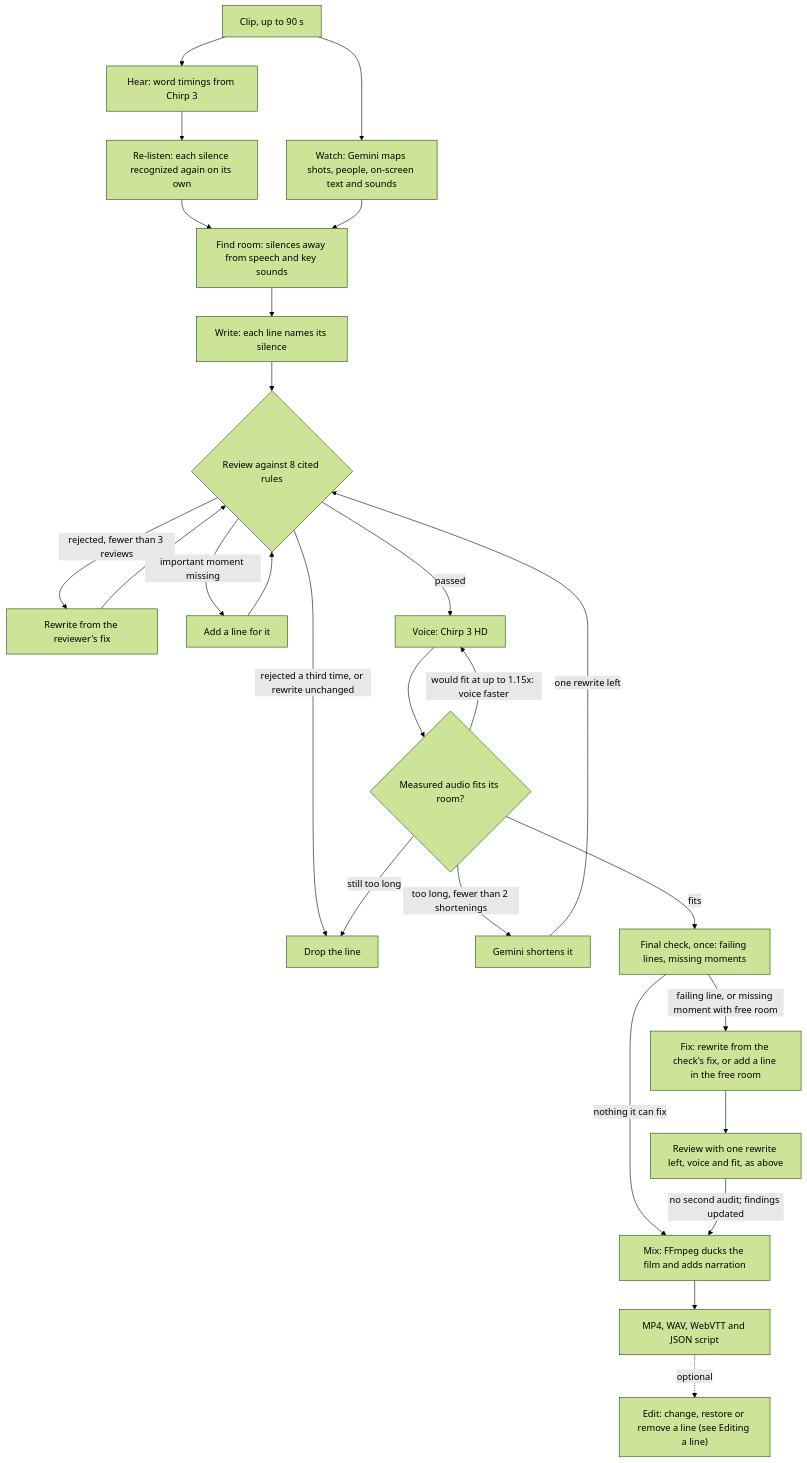
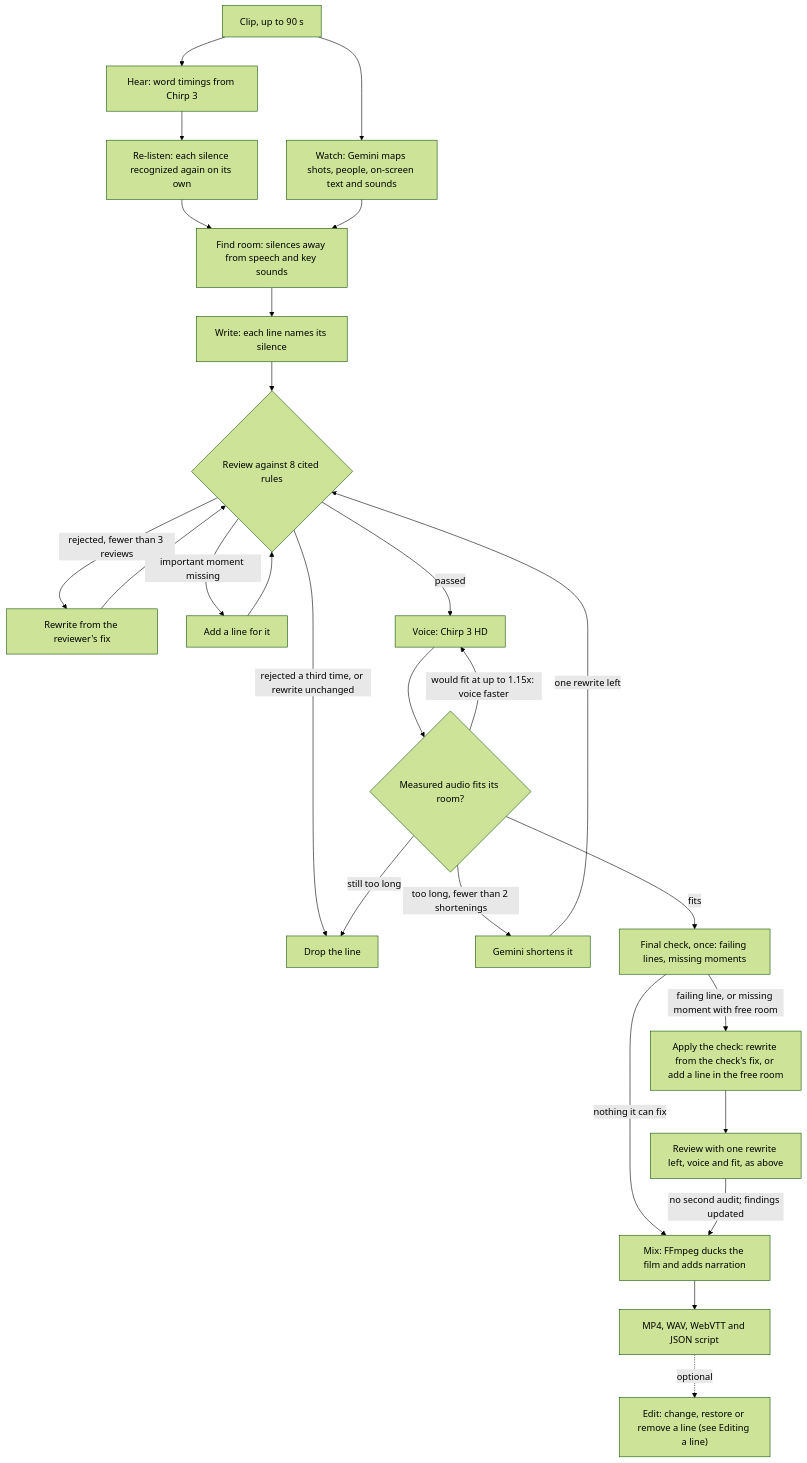
One commit to emforce77/gapline changed the second of 3 diagrams in docs/ARCHITECTURE.md. Above: the diagram before and after it, drawn with Mermaid (forest theme). The commit also changed other lines of this file and 1 other file, not shown here.

First line of the commit message:
docs: a missing moment with room can get a line; about 10 minutes a track

````diff
--- a/docs/ARCHITECTURE.md
+++ b/docs/ARCHITECTURE.md
@@ -89,28 +89,28 @@
 ```mermaid
 flowchart TD
   clip["Clip, up to 90 s"] --> hear["Hear: word timings from Chirp 3"]
   hear --> relisten["Re-listen: each silence recognized again on its own"]
   clip --> watch["Watch: Gemini maps shots, people, on-screen text and sounds"]
   relisten --> room["Find room: silences away from speech and key sounds"]
   watch --> room
   room --> write["Write: each line names its silence"]
   write --> review{"Review against 8 cited rules"}
   review -->|"rejected, fewer than 3 reviews"| rewrite["Rewrite from the reviewer's fix"]
   rewrite --> review
   review -->|"important moment missing"| add["Add a line for it"]
   add --> review
   review -->|"rejected a third time, or rewrite unchanged"| drop["Drop the line"]
   review -->|"passed"| voice["Voice: Chirp 3 HD"]
   voice --> fit{"Measured audio fits its room?"}
   fit -->|"would fit at up to 1.15x: voice faster"| voice
   fit -->|"too long, fewer than 2 shortenings"| shorten["Gemini shortens it"]
   shorten -->|"one rewrite left"| review
   fit -->|"still too long"| drop
   fit -->|"fits"| audit["Final check, once: failing lines, missing moments"]
   audit -->|"nothing it can fix"| mix["Mix: FFmpeg ducks the film and adds narration"]
-  audit -->|"failing line, or missing moment with free room"| fix["Fix: rewrite from the check's fix, or add a line in the free room"]
+  audit -->|"failing line, or missing moment with free room"| fix["Apply the check: rewrite from the check's fix, or add a line in the free room"]
   fix --> refit["Review with one rewrite left, voice and fit, as above"]
   refit -->|"no second audit; findings updated"| mix
   mix --> out["MP4, WAV, WebVTT and JSON script"]
   out -.->|"optional"| edit["Edit: change, restore or remove a line (see Editing a line)"]
 ```
````
